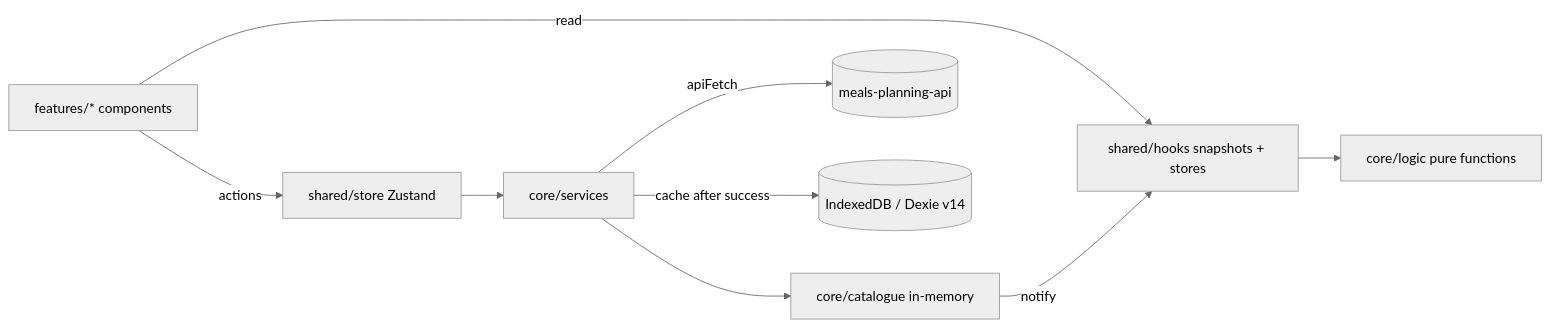
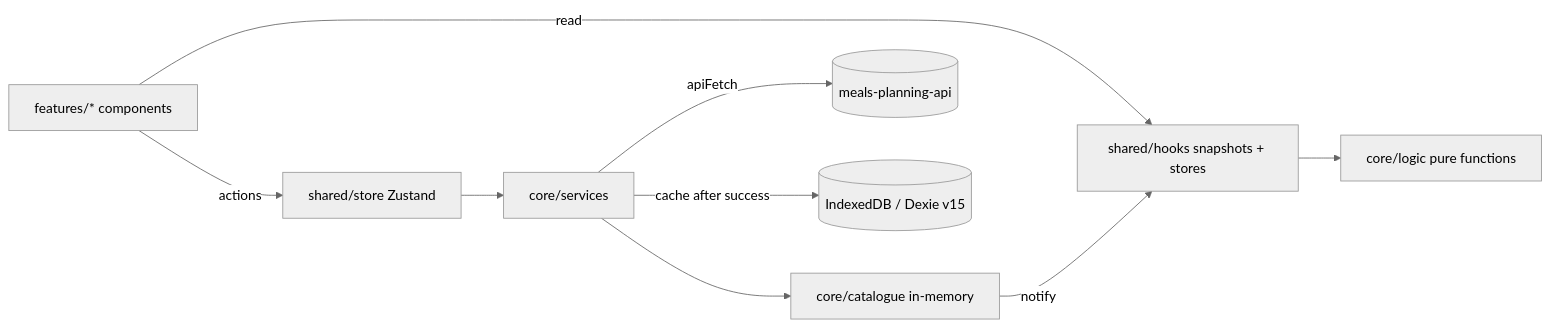
One commit to Jduquenne/artemis-foodlab changed the diagram in docs/architecture.md. Above: the diagram before and after it, drawn with Mermaid (neutral theme). The commit also changed other lines of this file and 17 other files, not shown here.

````diff
--- a/docs/architecture.md
+++ b/docs/architecture.md
@@ -9,11 +9,11 @@
 ```mermaid
 flowchart LR
   UI[features/* components] -->|read| Snap[shared/hooks snapshots + stores]
   UI -->|actions| Store[shared/store Zustand]
   Store --> Svc[core/services]
   Svc -->|apiFetch| API[(meals-planning-api)]
-  Svc -->|cache after success| IDB[(IndexedDB / Dexie v14)]
+  Svc -->|cache after success| IDB[(IndexedDB / Dexie v15)]
   Svc --> Cat[core/catalogue in-memory]
   Cat -->|notify| Snap
   Snap --> Logic[core/logic pure functions]
 ```
````
